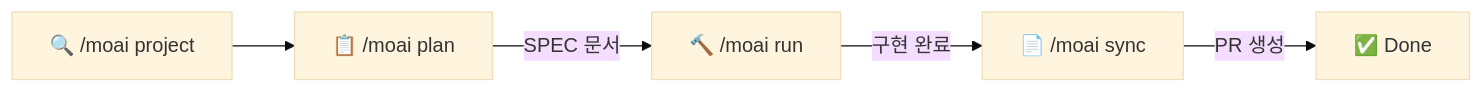
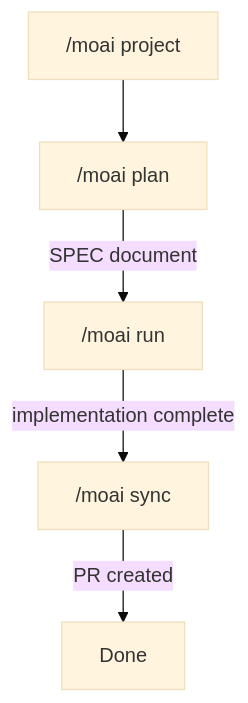
Before and after one commit to modu-ai/moai-adk: the first of 5 diagrams in README.ko.md, drawn with Mermaid (base theme). The commit also changed other lines of this file and 395 other files, not shown here.

````diff
--- a/README.ko.md
+++ b/README.ko.md
@@ -218,7 +135,7 @@
 ```mermaid
-graph LR
-    A["🔍 /moai project"] --> B["📋 /moai plan"]
-    B -->|"SPEC 문서"| C["🔨 /moai run"]
-    C -->|"구현 완료"| D["📄 /moai sync"]
-    D -->|"PR 생성"| E["✅ Done"]
+flowchart TD
+    A["/moai project"] --> B["/moai plan"]
+    B -->|"SPEC document"| C["/moai run"]
+    C -->|"implementation complete"| D["/moai sync"]
+    D -->|"PR created"| E["Done"]
 ```
````
